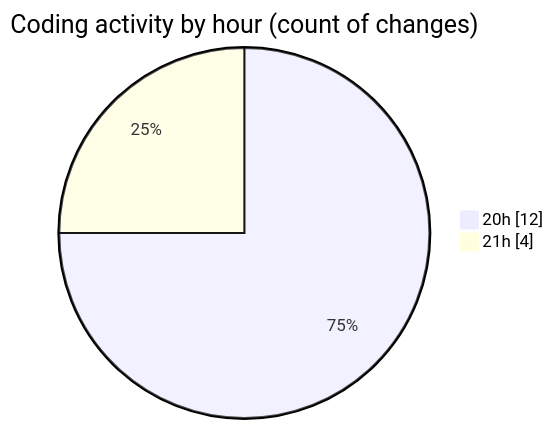
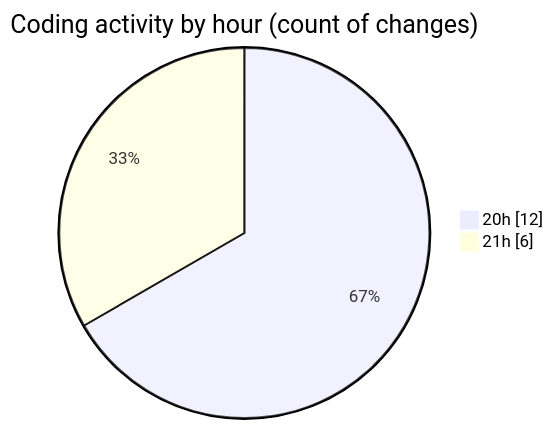
The second of 2 diagrams in 2025-02-13/portofolio/README.md (donsfak/code-tracking), drawn with Mermaid before and after one commit. The commit also changed other lines of this file and 1 other file, not shown here.

````diff
--- a/2025-02-13/portofolio/README.md
+++ b/2025-02-13/portofolio/README.md
@@ -32,6 +34,6 @@
 ```mermaid
 pie showData
 title Coding activity by hour (count of changes)
 "20h" : 12
-"21h" : 4
+"21h" : 6
 ```
````
